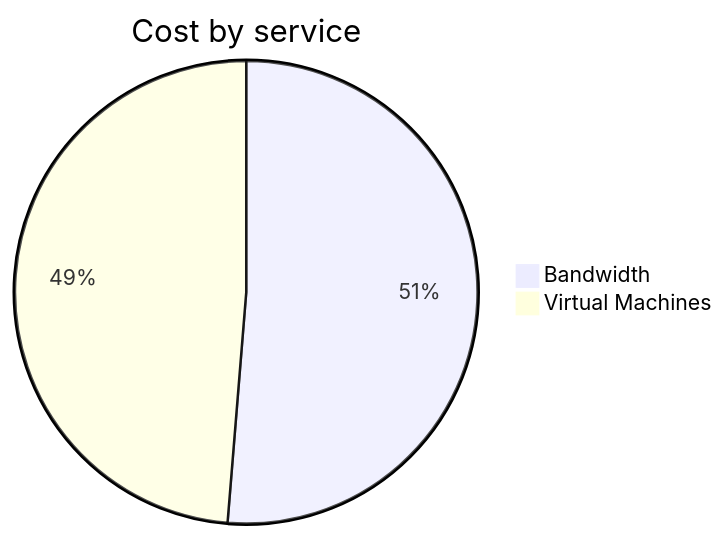
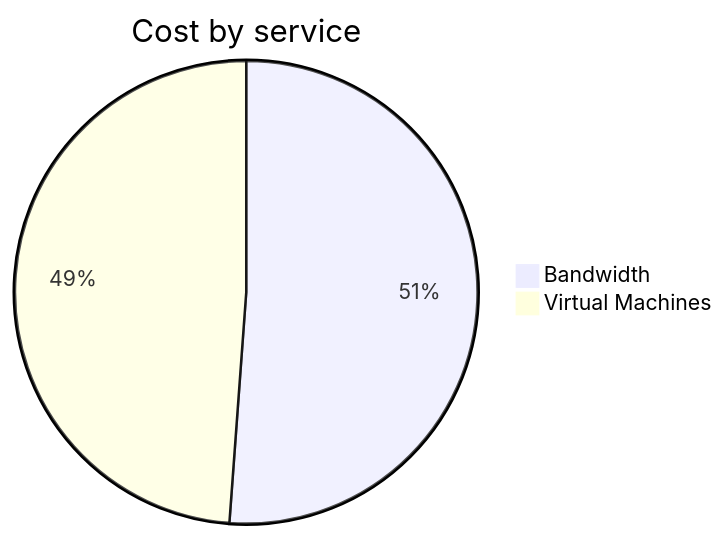
Before and after one commit to jpfulton/azure-personal-reports: the second of 4 diagrams in cost-reports/personal-network/vpn-server.md, drawn with Mermaid. The commit also changed other lines of this file and 8 other files, not shown here.

````diff
--- a/cost-reports/personal-network/vpn-server.md
+++ b/cost-reports/personal-network/vpn-server.md
@@ -94,6 +94,6 @@
 ```mermaid
 pie
    title Cost by service
-   "Bandwidth" : 5.57
-   "Virtual Machines" : 5.29
+   "Bandwidth" : 5.73
+   "Virtual Machines" : 5.47
 ```
````
